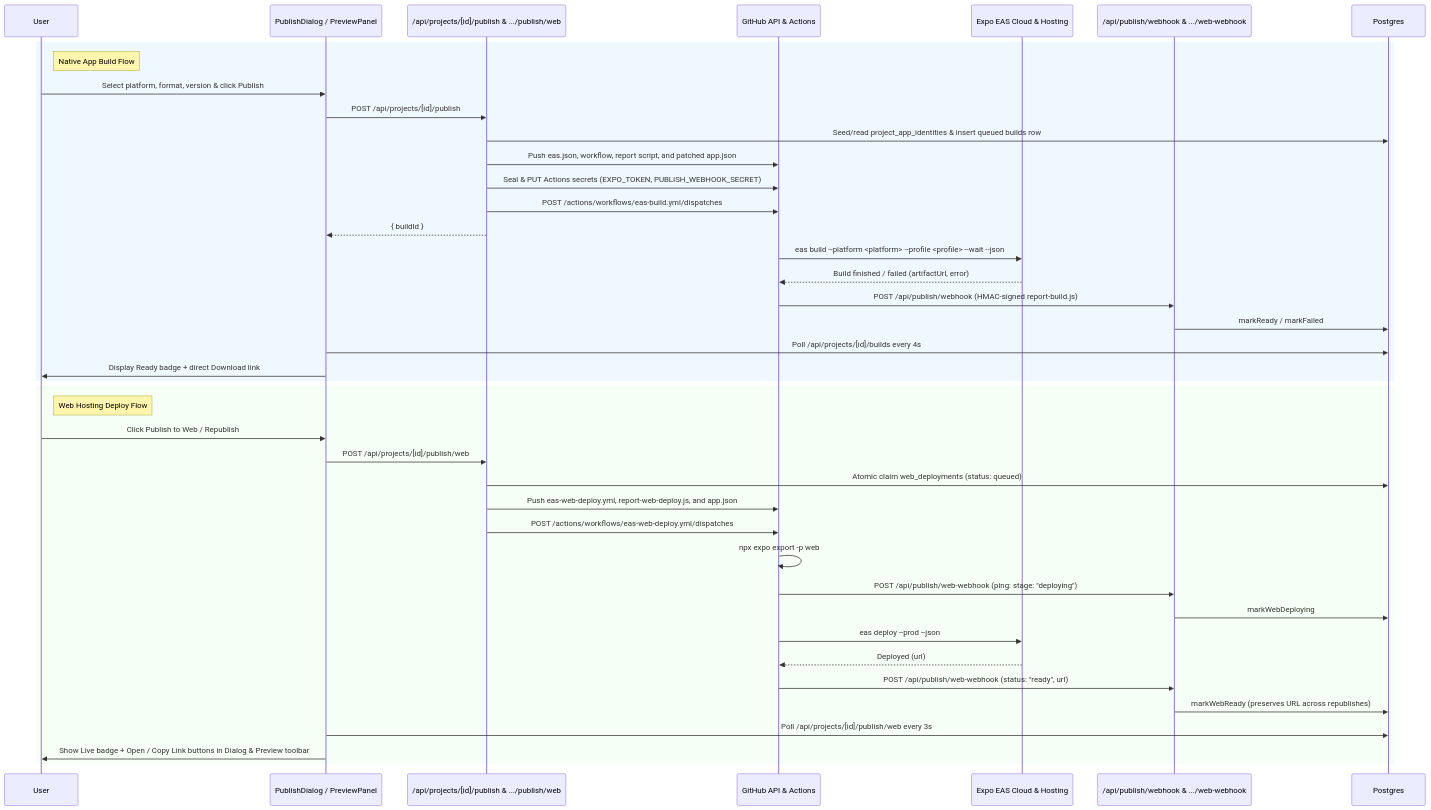
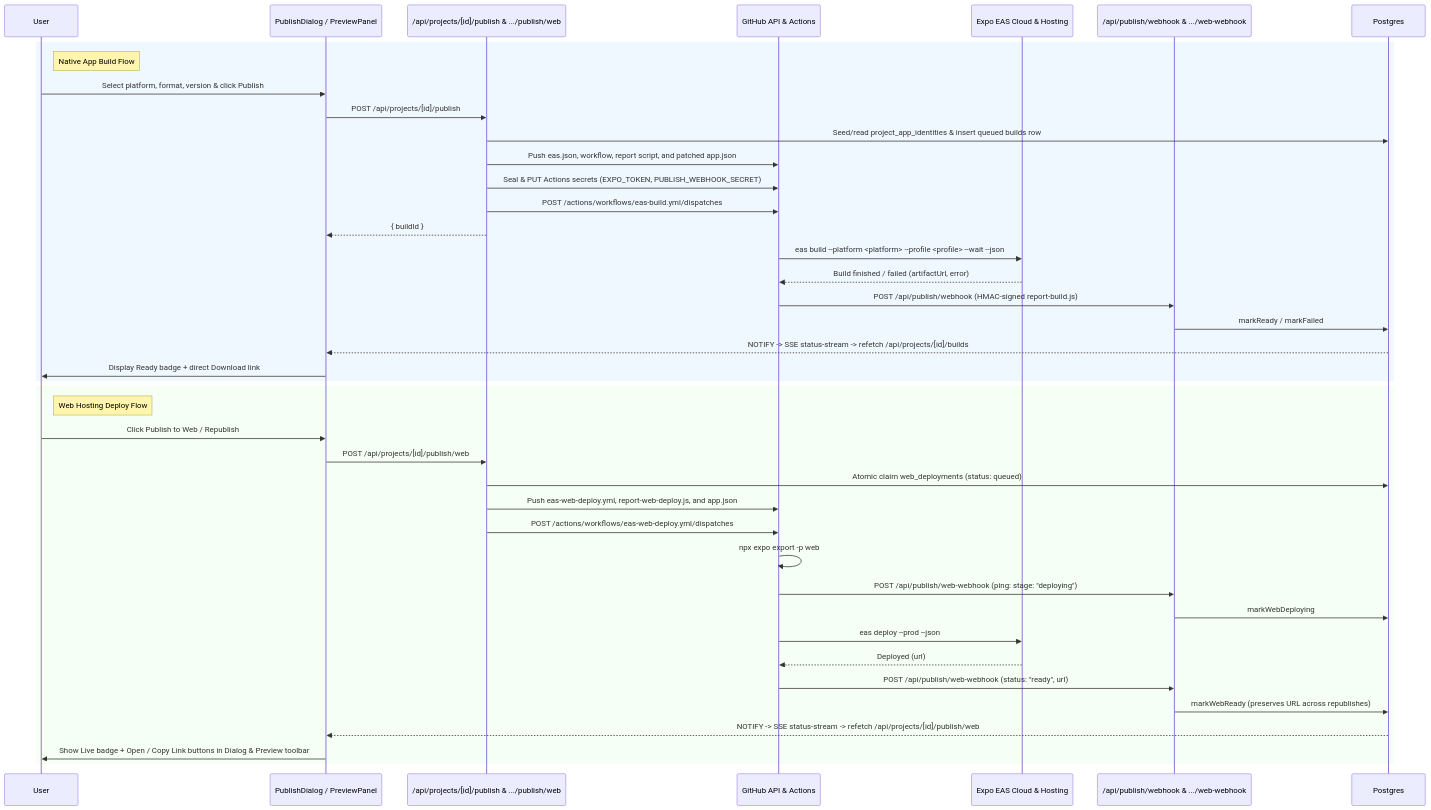
Before and after one commit to pranav589/ai-app-builder: diagram 11 of 25 in docs/codebase-walkthrough.md, drawn with Mermaid. The commit also changed other lines of this file and 24 other files, not shown here.

````diff
--- a/docs/codebase-walkthrough.md
+++ b/docs/codebase-walkthrough.md
@@ -585,45 +588,45 @@
 ```mermaid
 sequenceDiagram
     participant U as User
     participant UI as PublishDialog / PreviewPanel
     participant API as /api/projects/[id]/publish & .../publish/web
     participant GH as GitHub API & Actions
     participant EAS as Expo EAS Cloud & Hosting
     participant WH as /api/publish/webhook & .../web-webhook
     participant DB as Postgres
 
     rect rgb(240, 248, 255)
     note right of U: Native App Build Flow
     U->>UI: Select platform, format, version & click Publish
     UI->>API: POST /api/projects/[id]/publish
     API->>DB: Seed/read project_app_identities & insert queued builds row
     API->>GH: Push eas.json, workflow, report script, and patched app.json
     API->>GH: Seal & PUT Actions secrets (EXPO_TOKEN, PUBLISH_WEBHOOK_SECRET)
     API->>GH: POST /actions/workflows/eas-build.yml/dispatches
     API-->>UI: { buildId }
     GH->>EAS: eas build --platform <platform> --profile <profile> --wait --json
     EAS-->>GH: Build finished / failed (artifactUrl, error)
     GH->>WH: POST /api/publish/webhook (HMAC-signed report-build.js)
     WH->>DB: markReady / markFailed
-    UI->>DB: Poll /api/projects/[id]/builds every 4s
+    DB-->>UI: NOTIFY -> SSE status-stream -> refetch /api/projects/[id]/builds
     UI->>U: Display Ready badge + direct Download link
     end
 
     rect rgb(245, 255, 245)
     note right of U: Web Hosting Deploy Flow
     U->>UI: Click Publish to Web / Republish
     UI->>API: POST /api/projects/[id]/publish/web
     API->>DB: Atomic claim web_deployments (status: queued)
     API->>GH: Push eas-web-deploy.yml, report-web-deploy.js, and app.json
     API->>GH: POST /actions/workflows/eas-web-deploy.yml/dispatches
     GH->>GH: npx expo export -p web
     GH->>WH: POST /api/publish/web-webhook (ping: stage: "deploying")
     WH->>DB: markWebDeploying
     GH->>EAS: eas deploy --prod --json
     EAS-->>GH: Deployed (url)
     GH->>WH: POST /api/publish/web-webhook (status: "ready", url)
     WH->>DB: markWebReady (preserves URL across republishes)
-    UI->>DB: Poll /api/projects/[id]/publish/web every 3s
+    DB-->>UI: NOTIFY -> SSE status-stream -> refetch /api/projects/[id]/publish/web
     UI->>U: Show Live badge + Open / Copy Link buttons in Dialog & Preview toolbar
     end
 ```
````
